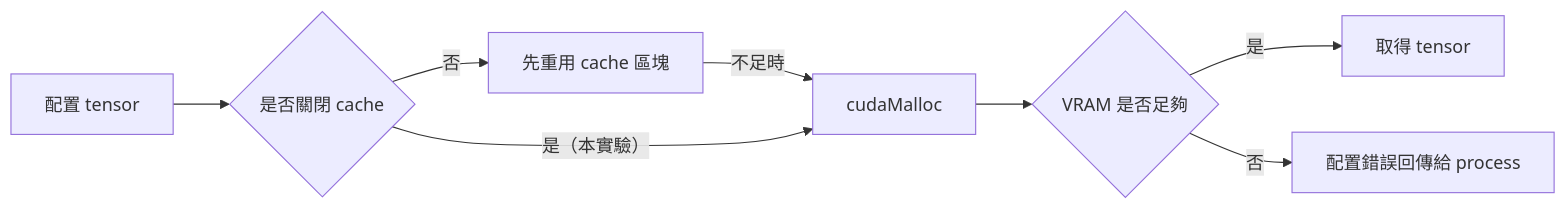
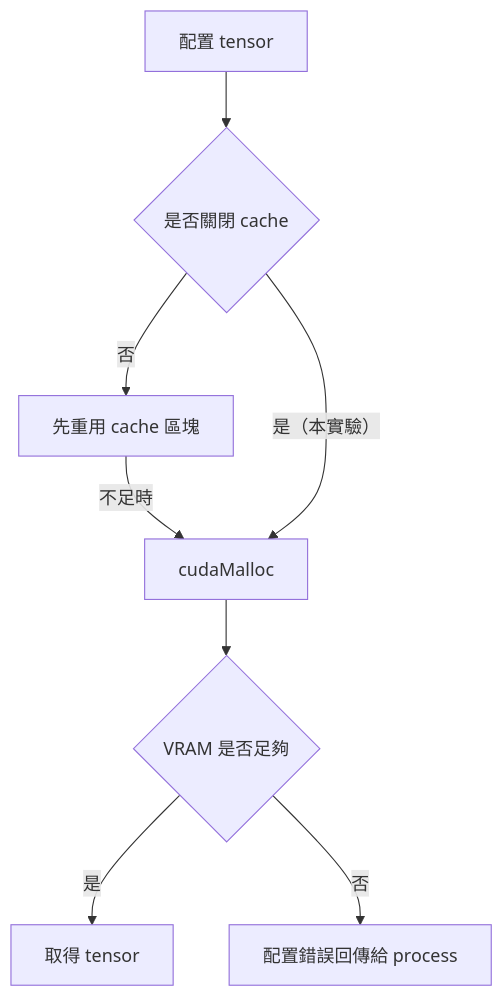
One commit to Daniel77871/dra-gpu-sharing-in-practice changed the second of 5 diagrams in book/03-oom/README.md. Above: the diagram before and after it, drawn with Mermaid. The commit also changed 15 other files, not shown here.

First line of the commit message:
Fit wide Mermaid diagrams to the GitHub page width

````diff
--- a/book/03-oom/README.md
+++ b/book/03-oom/README.md
@@ -32,10 +32,10 @@
 ```mermaid
-flowchart LR
+flowchart TB
     T["配置 tensor"] --> D{"是否關閉 cache"}
     D -->|"否"| K["先重用 cache 區塊"]
     K -->|"不足時"| M["cudaMalloc"]
     D -->|"是（本實驗）"| M
     M --> R{"VRAM 是否足夠"}
     R -->|"是"| O["取得 tensor"]
     R -->|"否"| E["配置錯誤回傳給 process"]
 ```
````
